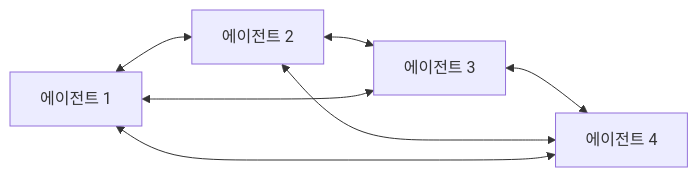
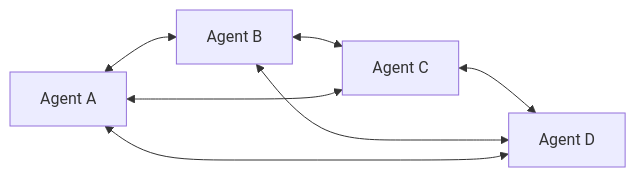
One commit to syshin0116/syshin0116.github.io changed the second of 5 diagrams in content/AI/멀티에이전트 아키텍처와 대규모 구현 전략.md. Above: the diagram before and after it, drawn with Mermaid. The commit also changed other lines of this file, not shown here.

Commit message:
feat: multi-agent

````diff
--- a/content/AI/멀티에이전트 아키텍처와 대규모 구현 전략.md
+++ b/content/AI/멀티에이전트 아키텍처와 대규모 구현 전략.md
@@ -91,9 +83,9 @@
 ```mermaid
 graph LR
-    A1[에이전트 1] <--> A2[에이전트 2]
-    A2 <--> A3[에이전트 3]
-    A3 <--> A4[에이전트 4]
-    A4 <--> A1
-    A1 <--> A3
-    A2 <--> A4
+    A[Agent A] <--> B[Agent B]
+    B <--> C[Agent C]
+    C <--> D[Agent D]
+    D <--> A
+    A <--> C
+    B <--> D
 ```
````
